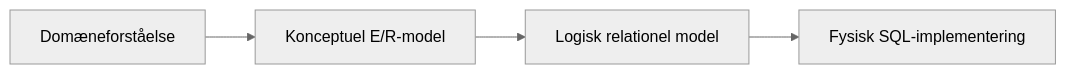
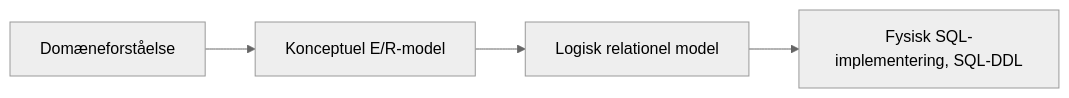
One commit to EK-DATA-2SEM-PROGSYSTEK/DATA-GBG-E25A-B changed the first of 10 diagrams in 10/01_man_2026-03-02/README.md. Above: the diagram before and after it, drawn with Mermaid (neutral theme). The commit also changed other lines of this file, not shown here.

````diff
--- a/10/01_man_2026-03-02/README.md
+++ b/10/01_man_2026-03-02/README.md
@@ -33,6 +33,6 @@
 ```mermaid
 flowchart LR
     A[Domæneforståelse] --> B[Konceptuel E/R-model]
     B --> C[Logisk relationel model]
-    C --> D[Fysisk SQL-implementering]
+    C --> D[Fysisk SQL-implementering, SQL-DDL]
 ```
````
